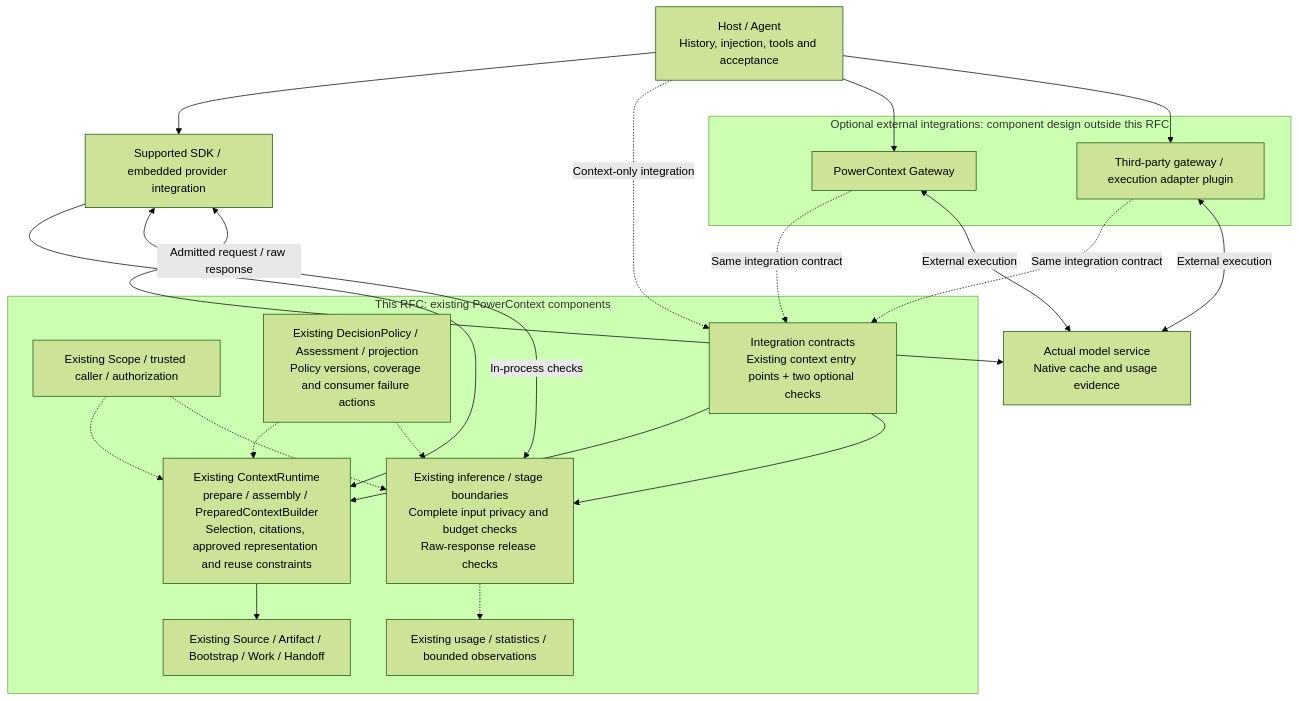
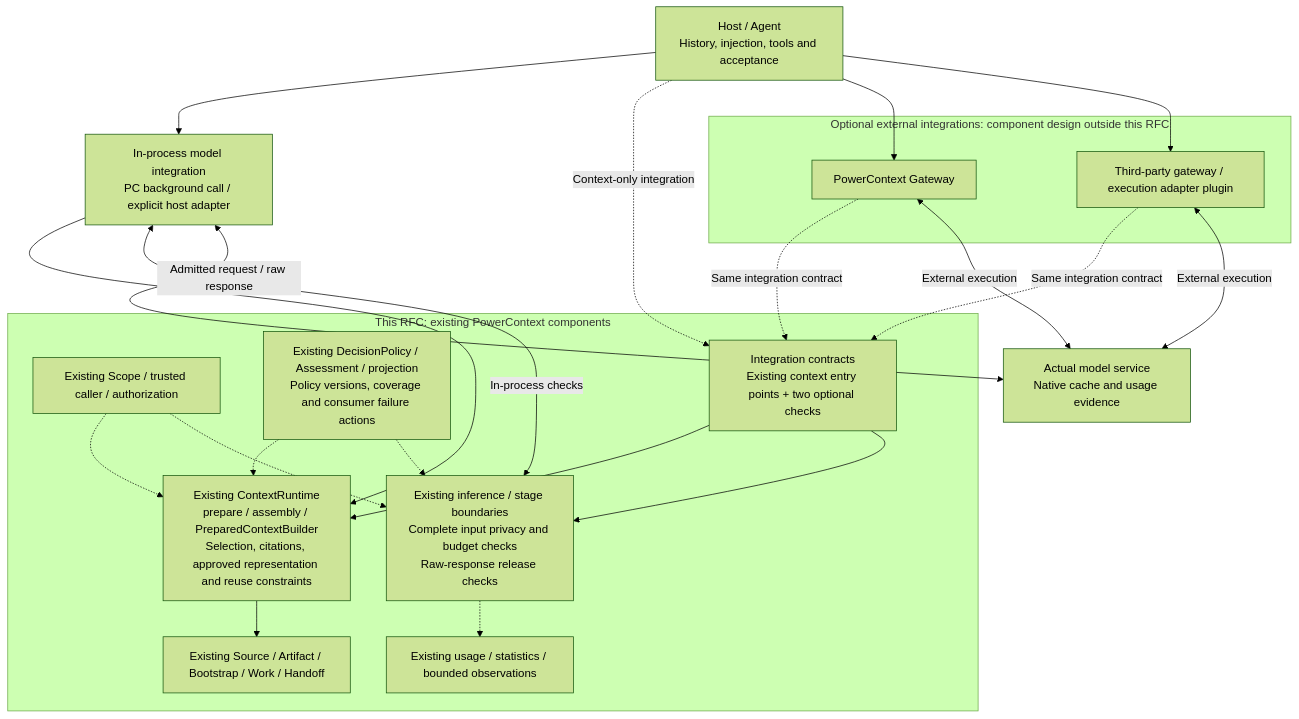
The first of 2 diagrams in docs/en/rfcs/2086-core-inference-gates-and-optional-gateway.md (2397819368a-oss/powercontext-2026), drawn with Mermaid (forest theme) before and after one commit. The commit also changed other lines of this file and 1 other file, not shown here.

````diff
--- a/docs/en/rfcs/2086-core-inference-gates-and-optional-gateway.md
+++ b/docs/en/rfcs/2086-core-inference-gates-and-optional-gateway.md
@@ -150,41 +155,41 @@
 ```mermaid
 flowchart TB
     HOST["Host / Agent<br/>History, injection, tools and acceptance"]
-    SDK["Supported SDK / embedded provider integration"]
+    SDK["In-process model integration<br/>PC background call / explicit host adapter"]
 
     subgraph CORE["This RFC: existing PowerContext components"]
         AUTH["Existing Scope / trusted caller / authorization"]
         CONTEXT["Existing ContextRuntime<br/>prepare / assembly / PreparedContextBuilder<br/>Selection, citations, approved representation and reuse constraints"]
         CHECK["Existing inference / stage boundaries<br/>Complete input privacy and budget checks<br/>Raw-response release checks"]
         POLICY["Existing DecisionPolicy / Assessment / projection<br/>Policy versions, coverage and consumer failure actions"]
         DATA["Existing Source / Artifact / Bootstrap / Work / Handoff"]
         USAGE["Existing usage / statistics / bounded observations"]
         API["Integration contracts<br/>Existing context entry points + two optional checks"]
         AUTH -.-> CONTEXT
         AUTH -.-> CHECK
         CONTEXT --> DATA
         POLICY -.-> CONTEXT
         POLICY -.-> CHECK
         CHECK -.-> USAGE
         API --> CONTEXT
         API --> CHECK
     end
 
     subgraph EXTERNAL["Optional external integrations: component design outside this RFC"]
         PCGW["PowerContext Gateway"]
         THIRD["Third-party gateway / execution adapter plugin"]
     end
     MODEL["Actual model service<br/>Native cache and usage evidence"]
 
     HOST --> SDK
     HOST -. "Context-only integration" .-> API
     SDK --> CONTEXT
     SDK <-->|"In-process checks"| CHECK
     SDK <-->|"Admitted request / raw response"| MODEL
     HOST --> PCGW
     HOST --> THIRD
     PCGW -. "Same integration contract" .-> API
     THIRD -. "Same integration contract" .-> API
     PCGW <-->|"External execution"| MODEL
     THIRD <-->|"External execution"| MODEL
 ```
````
